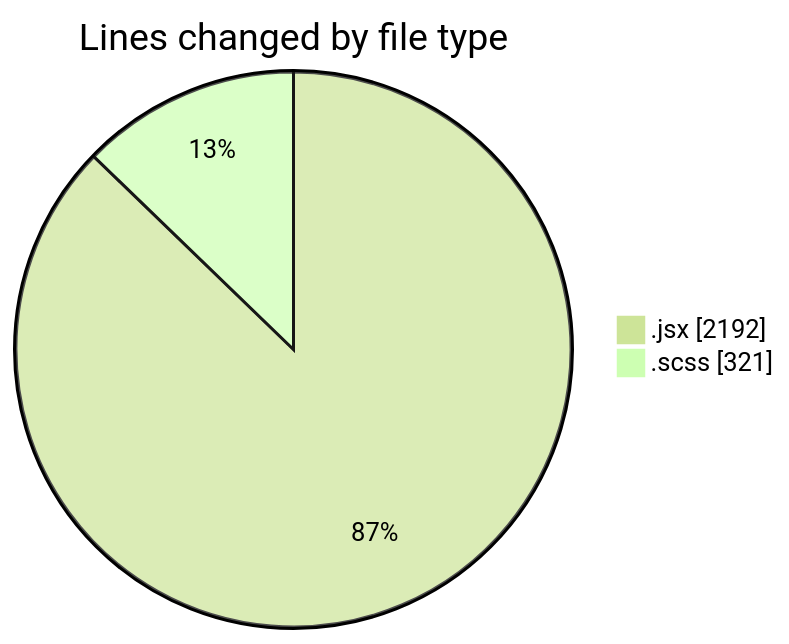
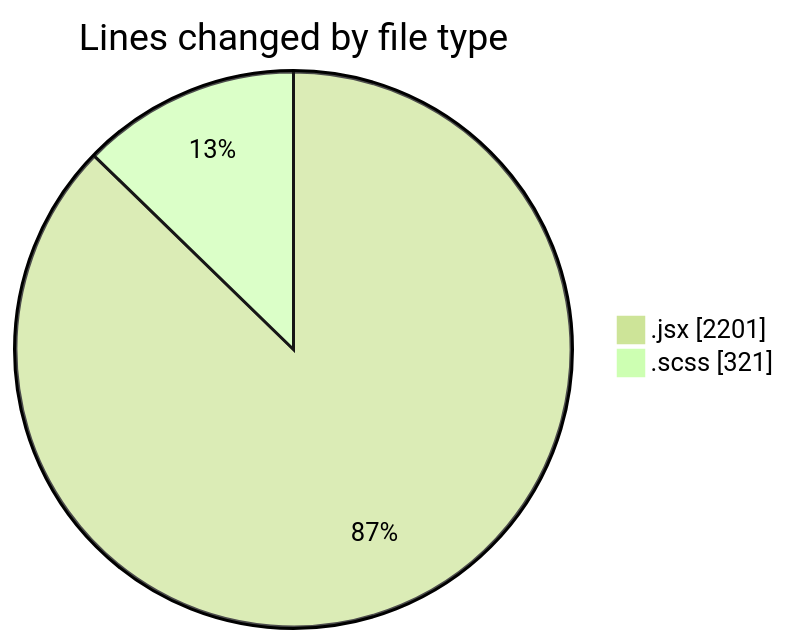
The first of 2 diagrams in 2026-09-02/cda/README.md (momahboobian/code-tracking), drawn with Mermaid (forest theme) before and after one commit. The commit also changed other lines of this file and 1 other file, not shown here.

````diff
--- a/2026-09-02/cda/README.md
+++ b/2026-09-02/cda/README.md
@@ -28,6 +28,6 @@
 ```mermaid
 pie showData
 title Lines changed by file type
-".jsx" : 2192
+".jsx" : 2201
 ".scss" : 321
 ```
````
